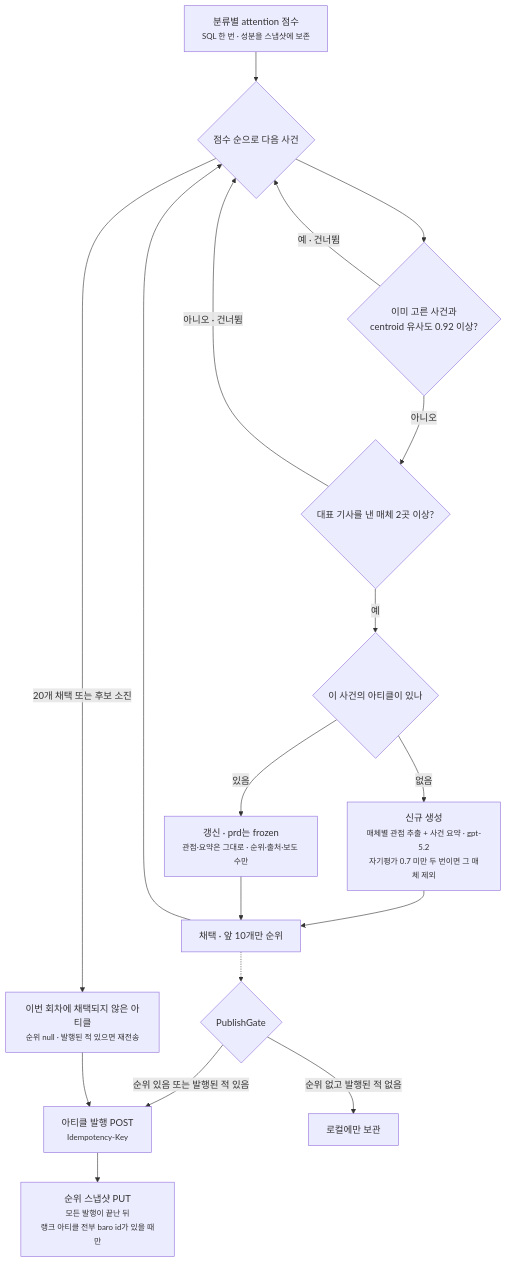
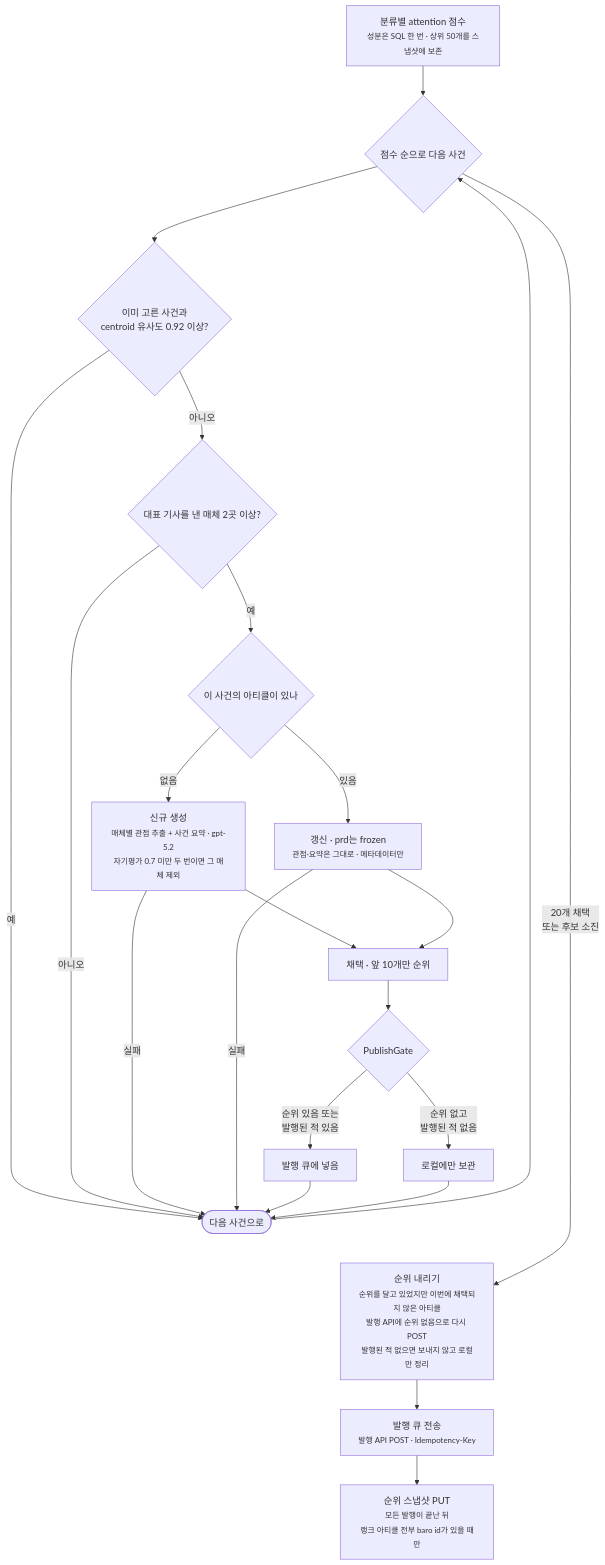
Before and after one commit to oownahcohc/oownahcohc.github.io: the sixth of 6 diagrams in src/content/blog/magazine-pipeline-two-apps-flow.md, drawn with Mermaid. The commit also changed other lines of this file and 79 other files, not shown here.

````diff
--- a/src/content/blog/magazine-pipeline-two-apps-flow.md
+++ b/src/content/blog/magazine-pipeline-two-apps-flow.md
@@ -290,20 +279,25 @@
 ```mermaid
 flowchart TD
-    A["분류별 attention 점수<br/><small>SQL 한 번 · 성분을 스냅샷에 보존</small>"] --> B{"점수 순으로 다음 사건"}
+    A["분류별 attention 점수<br/><small>성분은 SQL 한 번 · 상위 50개를 스냅샷에 보존</small>"] --> B{"점수 순으로 다음 사건"}
     B --> C{"이미 고른 사건과<br/>centroid 유사도 0.92 이상?"}
-    C -->|"예 · 건너뜀"| B
     C -->|"아니오"| D{"대표 기사를 낸 매체 2곳 이상?"}
-    D -->|"아니오 · 건너뜀"| B
     D -->|"예"| E{"이 사건의 아티클이 있나"}
     E -->|"없음"| F["신규 생성<br/><small>매체별 관점 추출 + 사건 요약 · gpt-5.2<br/>자기평가 0.7 미만 두 번이면 그 매체 제외</small>"]
-    E -->|"있음"| G["갱신 · prd는 frozen<br/><small>관점·요약은 그대로 · 순위·출처·보도 수만</small>"]
+    E -->|"있음"| G["갱신 · prd는 frozen<br/><small>관점·요약은 그대로 · 메타데이터만</small>"]
     F --> H["채택 · 앞 10개만 순위"]
     G --> H
-    H --> B
-    B -->|"20개 채택 또는 후보 소진"| I["이번 회차에 채택되지 않은 아티클<br/><small>순위 null · 발행된 적 있으면 재전송</small>"]
-    H -.-> J{"PublishGate"}
-    J -->|"순위 있음 또는 발행된 적 있음"| K["아티클 발행 POST<br/><small>Idempotency-Key</small>"]
-    J -->|"순위 없고 발행된 적 없음"| L["로컬에만 보관"]
-    I --> K
+    H --> J{"PublishGate"}
+    J -->|"순위 있음 또는<br/>발행된 적 있음"| Q["발행 큐에 넣음"]
+    J -->|"순위 없고<br/>발행된 적 없음"| L["로컬에만 보관"]
+    C -->|"예"| N(["다음 사건으로"])
+    D -->|"아니오"| N
+    F -->|"실패"| N
+    G -->|"실패"| N
+    Q --> N
+    L --> N
+    N --> B
+    N ~~~ I
+    B -->|"20개 채택<br/>또는 후보 소진"| I["순위 내리기<br/><small>순위를 달고 있었지만 이번에 채택되지 않은 아티클<br/>발행 API에 순위 없음으로 다시 POST<br/>발행된 적 없으면 보내지 않고 로컬만 정리</small>"]
+    I --> K["발행 큐 전송<br/><small>발행 API POST · Idempotency-Key</small>"]
     K --> M["순위 스냅샷 PUT<br/><small>모든 발행이 끝난 뒤<br/>랭크 아티클 전부 baro id가 있을 때만</small>"]
 ```
````
